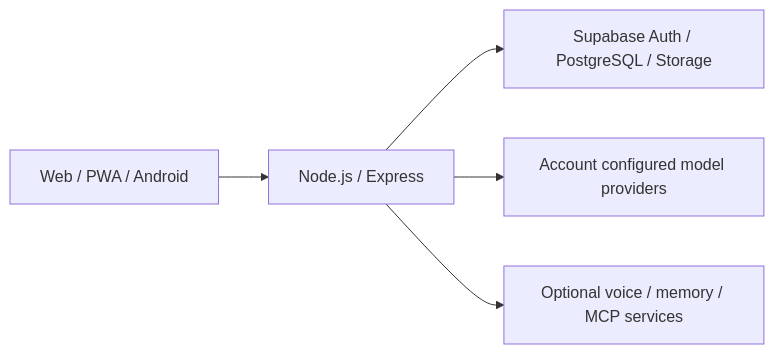
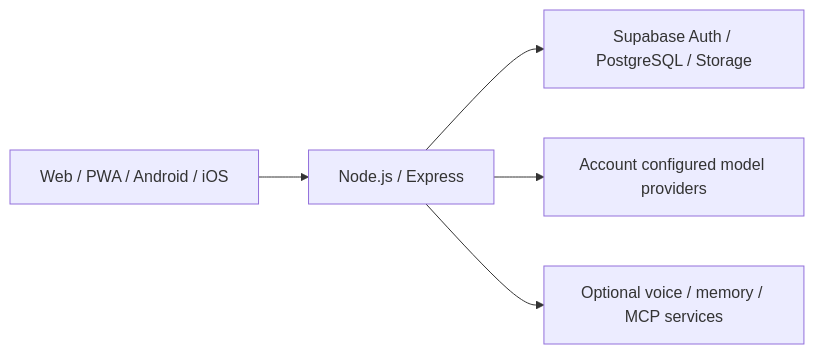
Before and after one commit to DengTaHome/dengta-home: the diagram in README.md, drawn with Mermaid. The commit also changed other lines of this file and 49 other files, not shown here.

````diff
--- a/README.md
+++ b/README.md
@@ -49,7 +50,7 @@
 ```mermaid
 flowchart LR
-    Client[Web / PWA / Android] --> API[Node.js / Express]
+    Client[Web / PWA / Android / iOS] --> API[Node.js / Express]
     API --> Data[Supabase Auth / PostgreSQL / Storage]
     API --> Models[Account configured model providers]
     API --> Optional[Optional voice / memory / MCP services]
 ```
````
